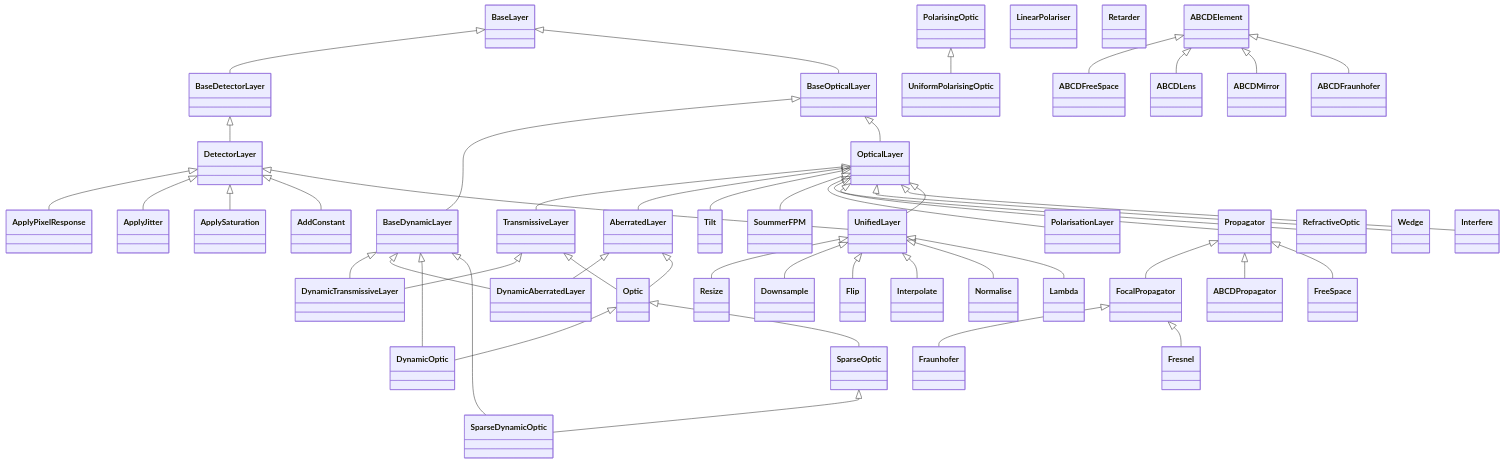
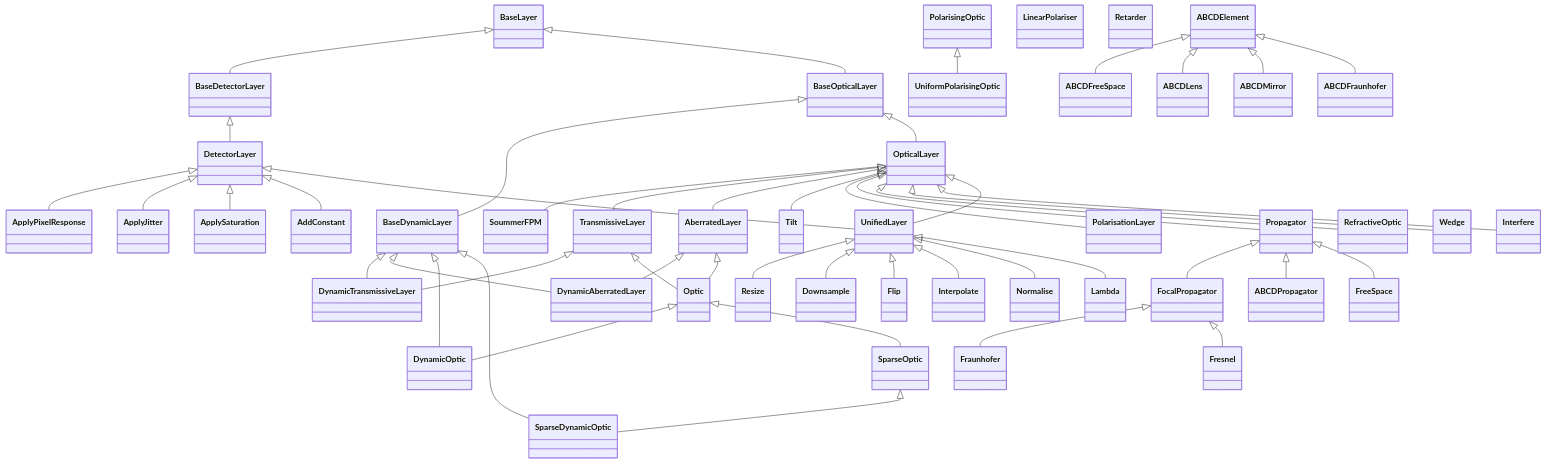
One commit to LouisDesdoigts/dLux changed the diagram in docs/API/layers/overview.md. Above: the diagram before and after it, drawn with Mermaid. The commit also changed 103 other files, not shown here.

````diff
--- a/docs/API/layers/overview.md
+++ b/docs/API/layers/overview.md
@@ -5,5 +5,6 @@
 ```mermaid
 classDiagram
+    class dLux_layers_coronagraphy_SoummerFPM["SoummerFPM"]
     class dLux_layers_detector_BaseDetectorLayer["BaseDetectorLayer"]
     class dLux_layers_detector_DetectorLayer["DetectorLayer"]
     class dLux_layers_detector_ApplyPixelResponse["ApplyPixelResponse"]
@@ -21,7 +22,6 @@
     class dLux_layers_optical_AberratedLayer["AberratedLayer"]
     class dLux_layers_optical_Optic["Optic"]
     class dLux_layers_optical_Tilt["Tilt"]
-    class dLux_layers_optical_SoummerFPM["SoummerFPM"]
     class dLux_layers_polarised_PolarisationLayer["PolarisationLayer"]
     class dLux_layers_polarised_PolarisingOptic["PolarisingOptic"]
     class dLux_layers_polarised_UniformPolarisingOptic["UniformPolarisingOptic"]
@@ -50,6 +50,8 @@
     class dLux_layers_unified_Interpolate["Interpolate"]
     class dLux_layers_unified_Normalise["Normalise"]
     class dLux_layers_unified_Lambda["Lambda"]
+    dLux_layers_optical_OpticalLayer <|-- dLux_layers_coronagraphy_SoummerFPM
+    click dLux_layers_coronagraphy_SoummerFPM href "../coronagraphy/#dLux.layers.coronagraphy.SoummerFPM" "Attributes: optic, propagator · Methods: context(), apply_mono()"
     dLux_layers_optical_BaseLayer <|-- dLux_layers_detector_BaseDetectorLayer
     click dLux_layers_detector_BaseDetectorLayer href "../detector/#dLux.layers.detector.BaseDetectorLayer" "No direct public attributes or methods"
     dLux_layers_detector_BaseDetectorLayer <|-- dLux_layers_detector_DetectorLayer
@@ -73,29 +75,27 @@
     dLux_layers_dynamic_BaseDynamicLayer <|-- dLux_layers_dynamic_DynamicOptic
     dLux_layers_optical_Optic <|-- dLux_layers_dynamic_DynamicOptic
     click dLux_layers_dynamic_DynamicOptic href "../dynamic/#dLux.layers.dynamic.DynamicOptic" "Attributes: coordinates, transformation, transmission, opd, phase, normalise"
-    click dLux_layers_optical_BaseLayer href "../optical/#dLux.layers.optical.BaseLayer" "Methods: apply()"
+    click dLux_layers_optical_BaseLayer href "../optical/#dLux.layers.optical.BaseLayer" "No direct public attributes or methods"
     dLux_layers_optical_BaseLayer <|-- dLux_layers_optical_BaseOpticalLayer
-    click dLux_layers_optical_BaseOpticalLayer href "../optical/#dLux.layers.optical.BaseOpticalLayer" "Methods: apply()"
+    click dLux_layers_optical_BaseOpticalLayer href "../optical/#dLux.layers.optical.BaseOpticalLayer" "Methods: apply_mono(), apply()"
     dLux_layers_optical_BaseOpticalLayer <|-- dLux_layers_optical_OpticalLayer
     click dLux_layers_optical_OpticalLayer href "../optical/#dLux.layers.optical.OpticalLayer" "Methods: context()"
     dLux_layers_optical_OpticalLayer <|-- dLux_layers_optical_TransmissiveLayer
-    click dLux_layers_optical_TransmissiveLayer href "../optical/#dLux.layers.optical.TransmissiveLayer" "Attributes: transmission, normalise"
+    click dLux_layers_optical_TransmissiveLayer href "../optical/#dLux.layers.optical.TransmissiveLayer" "Attributes: transmission, normalise · Methods: apply_mono()"
     dLux_layers_optical_OpticalLayer <|-- dLux_layers_optical_AberratedLayer
-    click dLux_layers_optical_AberratedLayer href "../optical/#dLux.layers.optical.AberratedLayer" "Attributes: opd, phase"
+    click dLux_layers_optical_AberratedLayer href "../optical/#dLux.layers.optical.AberratedLayer" "Attributes: opd, phase · Methods: apply_mono()"
     dLux_layers_optical_TransmissiveLayer <|-- dLux_layers_optical_Optic
     dLux_layers_optical_AberratedLayer <|-- dLux_layers_optical_Optic
-    click dLux_layers_optical_Optic href "../optical/#dLux.layers.optical.Optic" "Attributes: transmission, opd, phase, normalise · Methods: phasor()"
+    click dLux_layers_optical_Optic href "../optical/#dLux.layers.optical.Optic" "Attributes: transmission, opd, phase, normalise · Methods: phasor(), apply_mono()"
     dLux_layers_optical_OpticalLayer <|-- dLux_layers_optical_Tilt
-    click dLux_layers_optical_Tilt href "../optical/#dLux.layers.optical.Tilt" "Attributes: angles, unit"
-    dLux_layers_optical_OpticalLayer <|-- dLux_layers_optical_SoummerFPM
-    click dLux_layers_optical_SoummerFPM href "../optical/#dLux.layers.optical.SoummerFPM" "Attributes: optic, propagator · Methods: context()"
+    click dLux_layers_optical_Tilt href "../optical/#dLux.layers.optical.Tilt" "Attributes: angles, unit · Methods: apply_mono()"
     dLux_layers_optical_OpticalLayer <|-- dLux_layers_polarised_PolarisationLayer
-    click dLux_layers_polarised_PolarisationLayer href "../polarised/#dLux.layers.polarised.PolarisationLayer" "Attributes: polarisation"
+    click dLux_layers_polarised_PolarisationLayer href "../polarised/#dLux.layers.polarised.PolarisationLayer" "Attributes: polarisation · Methods: apply_mono()"
     click dLux_layers_polarised_PolarisingOptic href "../polarised/#dLux.layers.polarised.PolarisingOptic" "Attributes: jones"
     dLux_layers_polarised_PolarisingOptic <|-- dLux_layers_polarised_UniformPolarisingOptic
-    click dLux_layers_polarised_UniformPolarisingOptic href "../polarised/#dLux.layers.polarised.UniformPolarisingOptic" "Attributes: jones, orientation"
-    click dLux_layers_polarised_LinearPolariser href "../polarised/#dLux.layers.polarised.LinearPolariser" "Attributes: angle · Properties: jones"
-    click dLux_layers_polarised_Retarder href "../polarised/#dLux.layers.polarised.Retarder" "Attributes: retardance, angle · Properties: jones"
+    click dLux_layers_polarised_UniformPolarisingOptic href "../polarised/#dLux.layers.polarised.UniformPolarisingOptic" "Attributes: jones, orientation · Methods: apply_mono()"
+    click dLux_layers_polarised_LinearPolariser href "../polarised/#dLux.layers.polarised.LinearPolariser" "Attributes: angle · Properties: jones · Methods: apply_mono()"
+    click dLux_layers_polarised_Retarder href "../polarised/#dLux.layers.polarised.Retarder" "Attributes: retardance, angle · Properties: jones · Methods: apply_mono()"
     click dLux_layers_propagation_ABCDElement href "../propagation/#dLux.layers.propagation.ABCDElement" "No direct public attributes or methods"
     dLux_layers_propagation_ABCDElement <|-- dLux_layers_propagation_ABCDFreeSpace
     click dLux_layers_propagation_ABCDFreeSpace href "../propagation/#dLux.layers.propagation.ABCDFreeSpace" "Attributes: distance · Properties: abcd"
@@ -106,25 +106,25 @@
     dLux_layers_propagation_ABCDElement <|-- dLux_layers_propagation_ABCDFraunhofer
     click dLux_layers_propagation_ABCDFraunhofer href "../propagation/#dLux.layers.propagation.ABCDFraunhofer" "Attributes: focal_length · Properties: abcd"
     dLux_layers_optical_OpticalLayer <|-- dLux_layers_propagation_Propagator
-    click dLux_layers_propagation_Propagator href "../propagation/#dLux.layers.propagation.Propagator" "Attributes: spec · Methods: apply(), validate()"
+    click dLux_layers_propagation_Propagator href "../propagation/#dLux.layers.propagation.Propagator" "Attributes: grid · Methods: apply(), validate()"
     dLux_layers_propagation_Propagator <|-- dLux_layers_propagation_FocalPropagator
-    click dLux_layers_propagation_FocalPropagator href "../propagation/#dLux.layers.propagation.FocalPropagator" "Attributes: spec, focal_length, inverse · Methods: validate()"
+    click dLux_layers_propagation_FocalPropagator href "../propagation/#dLux.layers.propagation.FocalPropagator" "Attributes: grid, focal_length, inverse · Methods: validate()"
     dLux_layers_propagation_Propagator <|-- dLux_layers_propagation_ABCDPropagator
-    click dLux_layers_propagation_ABCDPropagator href "../propagation/#dLux.layers.propagation.ABCDPropagator" "Attributes: spec, ABCDs, method · Properties: abcd · Methods: validate()"
+    click dLux_layers_propagation_ABCDPropagator href "../propagation/#dLux.layers.propagation.ABCDPropagator" "Attributes: grid, ABCDs, method · Properties: abcd · Methods: validate(), apply_mono()"
     dLux_layers_propagation_Propagator <|-- dLux_layers_propagation_FreeSpace
-    click dLux_layers_propagation_FreeSpace href "../propagation/#dLux.layers.propagation.FreeSpace" "Attributes: spec, distance, crop"
+    click dLux_layers_propagation_FreeSpace href "../propagation/#dLux.layers.propagation.FreeSpace" "Attributes: grid, distance, crop · Methods: apply_mono()"
     dLux_layers_propagation_FocalPropagator <|-- dLux_layers_propagation_Fraunhofer
-    click dLux_layers_propagation_Fraunhofer href "../propagation/#dLux.layers.propagation.Fraunhofer" "Attributes: spec, focal_length, inverse, method"
+    click dLux_layers_propagation_Fraunhofer href "../propagation/#dLux.layers.propagation.Fraunhofer" "Attributes: grid, focal_length, inverse, method · Methods: apply_mono()"
     dLux_layers_propagation_FocalPropagator <|-- dLux_layers_propagation_Fresnel
-    click dLux_layers_propagation_Fresnel href "../propagation/#dLux.layers.propagation.Fresnel" "Attributes: spec, focal_length, inverse, defocus, method"
+    click dLux_layers_propagation_Fresnel href "../propagation/#dLux.layers.propagation.Fresnel" "Attributes: grid, focal_length, inverse, defocus, method · Methods: apply_mono()"
     dLux_layers_optical_OpticalLayer <|-- dLux_layers_refractive_RefractiveOptic
-    click dLux_layers_refractive_RefractiveOptic href "../refractive/#dLux.layers.refractive.RefractiveOptic" "Attributes: thickness, n"
+    click dLux_layers_refractive_RefractiveOptic href "../refractive/#dLux.layers.refractive.RefractiveOptic" "Attributes: thickness, n · Methods: apply_mono()"
     dLux_layers_optical_OpticalLayer <|-- dLux_layers_refractive_Wedge
-    click dLux_layers_refractive_Wedge href "../refractive/#dLux.layers.refractive.Wedge" "Attributes: angle, n"
+    click dLux_layers_refractive_Wedge href "../refractive/#dLux.layers.refractive.Wedge" "Attributes: angle, n · Methods: apply_mono()"
     dLux_layers_optical_OpticalLayer <|-- dLux_layers_sparse_Interfere
-    click dLux_layers_sparse_Interfere href "../sparse/#dLux.layers.sparse.Interfere" "Methods: apply()"
+    click dLux_layers_sparse_Interfere href "../sparse/#dLux.layers.sparse.Interfere" "Methods: apply(), apply_mono()"
     dLux_layers_optical_Optic <|-- dLux_layers_sparse_SparseOptic
-    click dLux_layers_sparse_SparseOptic href "../sparse/#dLux.layers.sparse.SparseOptic" "Attributes: transmission, opd, phase, normalise, centers · Properties: n_apertures · Methods: phasor(), localise()"
+    click dLux_layers_sparse_SparseOptic href "../sparse/#dLux.layers.sparse.SparseOptic" "Attributes: transmission, opd, phase, normalise, centers · Properties: n_apertures · Methods: phasor(), localise(), apply_mono()"
     dLux_layers_dynamic_BaseDynamicLayer <|-- dLux_layers_sparse_SparseDynamicOptic
     dLux_layers_sparse_SparseOptic <|-- dLux_layers_sparse_SparseDynamicOptic
     click dLux_layers_sparse_SparseDynamicOptic href "../sparse/#dLux.layers.sparse.SparseDynamicOptic" "Attributes: coordinates, transformation, transmission, opd, phase, normalise, centers"
@@ -132,15 +132,15 @@
     dLux_layers_detector_DetectorLayer <|-- dLux_layers_unified_UnifiedLayer
     click dLux_layers_unified_UnifiedLayer href "../unified/#dLux.layers.unified.UnifiedLayer" "No direct public attributes or methods"
     dLux_layers_unified_UnifiedLayer <|-- dLux_layers_unified_Resize
-    click dLux_layers_unified_Resize href "../unified/#dLux.layers.unified.Resize" "Attributes: npixels"
+    click dLux_layers_unified_Resize href "../unified/#dLux.layers.unified.Resize" "Attributes: npixels · Methods: apply_mono()"
     dLux_layers_unified_UnifiedLayer <|-- dLux_layers_unified_Downsample
-    click dLux_layers_unified_Downsample href "../unified/#dLux.layers.unified.Downsample" "Attributes: n"
+    click dLux_layers_unified_Downsample href "../unified/#dLux.layers.unified.Downsample" "Attributes: n · Methods: apply_mono()"
     dLux_layers_unified_UnifiedLayer <|-- dLux_layers_unified_Flip
-    click dLux_layers_unified_Flip href "../unified/#dLux.layers.unified.Flip" "Attributes: axes"
+    click dLux_layers_unified_Flip href "../unified/#dLux.layers.unified.Flip" "Attributes: axes · Methods: apply_mono()"
     dLux_layers_unified_UnifiedLayer <|-- dLux_layers_unified_Interpolate
-    click dLux_layers_unified_Interpolate href "../unified/#dLux.layers.unified.Interpolate" "Attributes: transformation, method, complex, fill"
+    click dLux_layers_unified_Interpolate href "../unified/#dLux.layers.unified.Interpolate" "Attributes: transformation, method, complex, fill · Methods: apply_mono()"
     dLux_layers_unified_UnifiedLayer <|-- dLux_layers_unified_Normalise
-    click dLux_layers_unified_Normalise href "../unified/#dLux.layers.unified.Normalise" "Attributes: mode, value"
+    click dLux_layers_unified_Normalise href "../unified/#dLux.layers.unified.Normalise" "Attributes: mode, value · Methods: apply_mono()"
     dLux_layers_unified_UnifiedLayer <|-- dLux_layers_unified_Lambda
-    click dLux_layers_unified_Lambda href "../unified/#dLux.layers.unified.Lambda" "No direct public attributes or methods"
+    click dLux_layers_unified_Lambda href "../unified/#dLux.layers.unified.Lambda" "Methods: apply_mono()"
 ```
````
